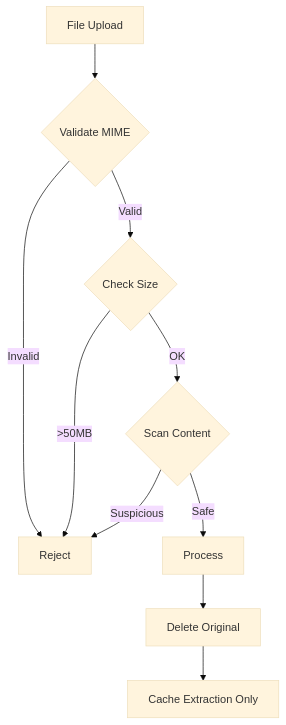
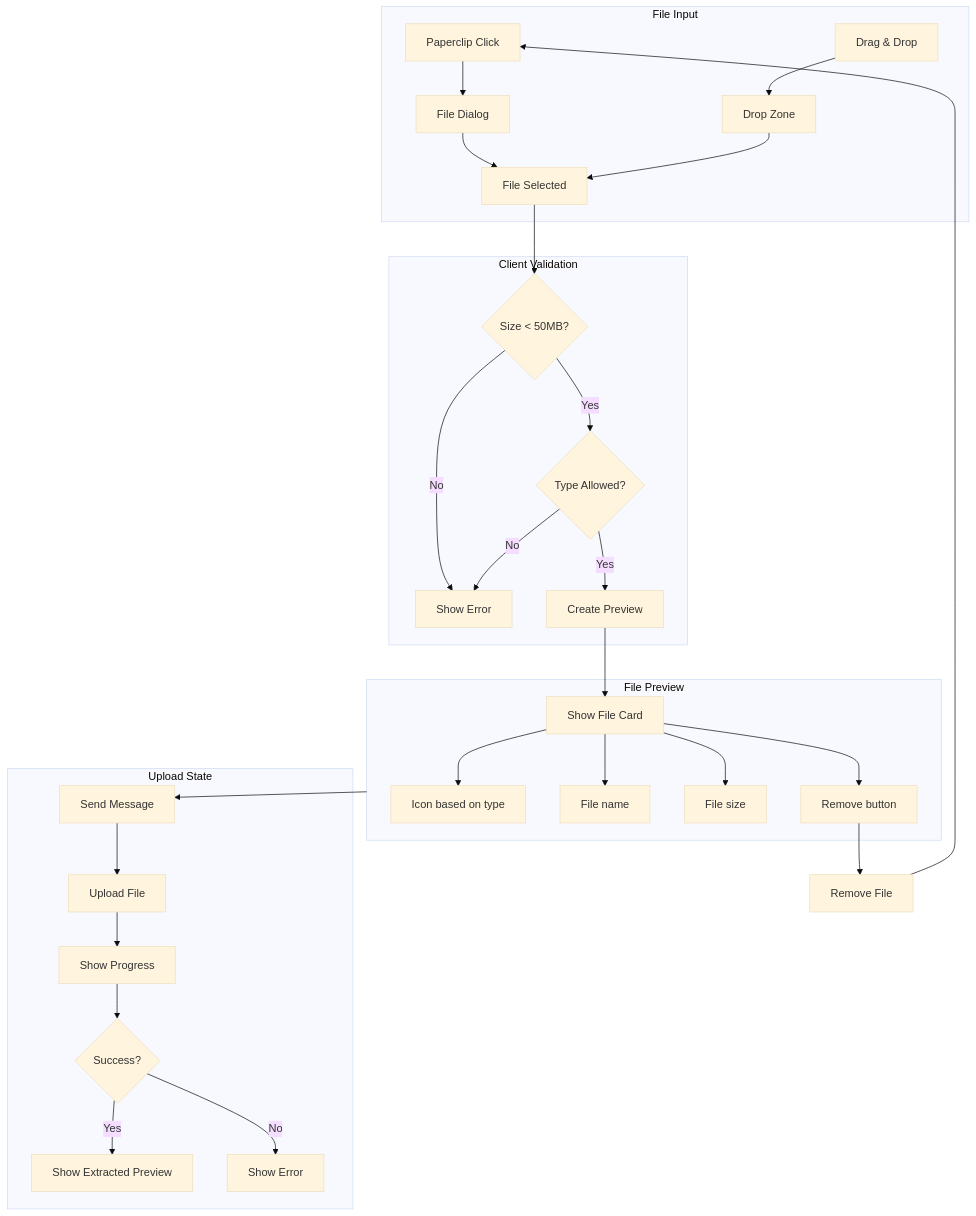
Diagram 20 of 22 in upload_ocr.md (manumishra-zm/execution_plan), drawn with Mermaid (base theme) before and after one commit. The commit also changed other lines of this file, not shown here.

````diff
--- a/upload_ocr.md
+++ b/upload_ocr.md
@@ -858,12 +1504,37 @@
 ```mermaid
 flowchart TD
-    A[File Upload] --> B{Validate MIME}
-    B -->|Invalid| C[Reject]
-    B -->|Valid| D{Check Size}
-    D -->|>50MB| C
-    D -->|OK| E{Scan Content}
-    E -->|Suspicious| C
-    E -->|Safe| F[Process]
-    F --> G[Delete Original]
-    G --> H[Cache Extraction Only]
+    subgraph FileInput["File Input"]
+        A[Paperclip Click] --> B[File Dialog]
+        C[Drag & Drop] --> D[Drop Zone]
+        B --> E[File Selected]
+        D --> E
+    end
+
+    subgraph Validation["Client Validation"]
+        E --> F{Size < 50MB?}
+        F -->|No| G[Show Error]
+        F -->|Yes| H{Type Allowed?}
+        H -->|No| G
+        H -->|Yes| I[Create Preview]
+    end
+
+    subgraph Preview["File Preview"]
+        I --> J[Show File Card]
+        J --> K[Icon based on type]
+        J --> L[File name]
+        J --> M[File size]
+        J --> N[Remove button]
+    end
+
+    subgraph Upload["Upload State"]
+        O[Send Message] --> P[Upload File]
+        P --> Q[Show Progress]
+        Q --> R{Success?}
+        R -->|Yes| S[Show Extracted Preview]
+        R -->|No| T[Show Error]
+    end
+
+    Preview --> O
+    N --> U[Remove File]
+    U --> A
 ```
````
